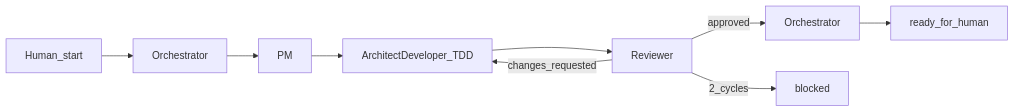
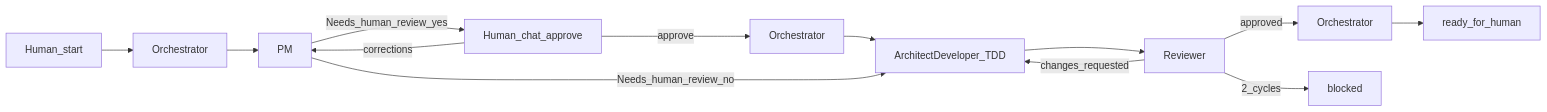
One commit to GustavoRusso/chore-master changed the diagram in _docs/process.md. Above: the diagram before and after it, drawn with Mermaid. The commit also changed other lines of this file and 6 other files, not shown here.

````diff
--- a/_docs/process.md
+++ b/_docs/process.md
@@ -16,11 +32,15 @@
 ```mermaid
 flowchart LR
   human[Human_start] --> orch[Orchestrator]
   orch --> pm[PM]
-  pm --> dev[ArchitectDeveloper_TDD]
+  pm -->|Needs_human_review_yes| humanGate[Human_chat_approve]
+  humanGate -->|approve| orchResume[Orchestrator]
+  humanGate -->|corrections| pm
+  orchResume --> dev[ArchitectDeveloper_TDD]
+  pm -->|Needs_human_review_no| dev
   dev --> rev[Reviewer]
   rev -->|approved| orch2[Orchestrator]
   orch2 --> ready[ready_for_human]
   rev -->|changes_requested| dev
   rev -->|2_cycles| blocked[blocked]
 ```
````
